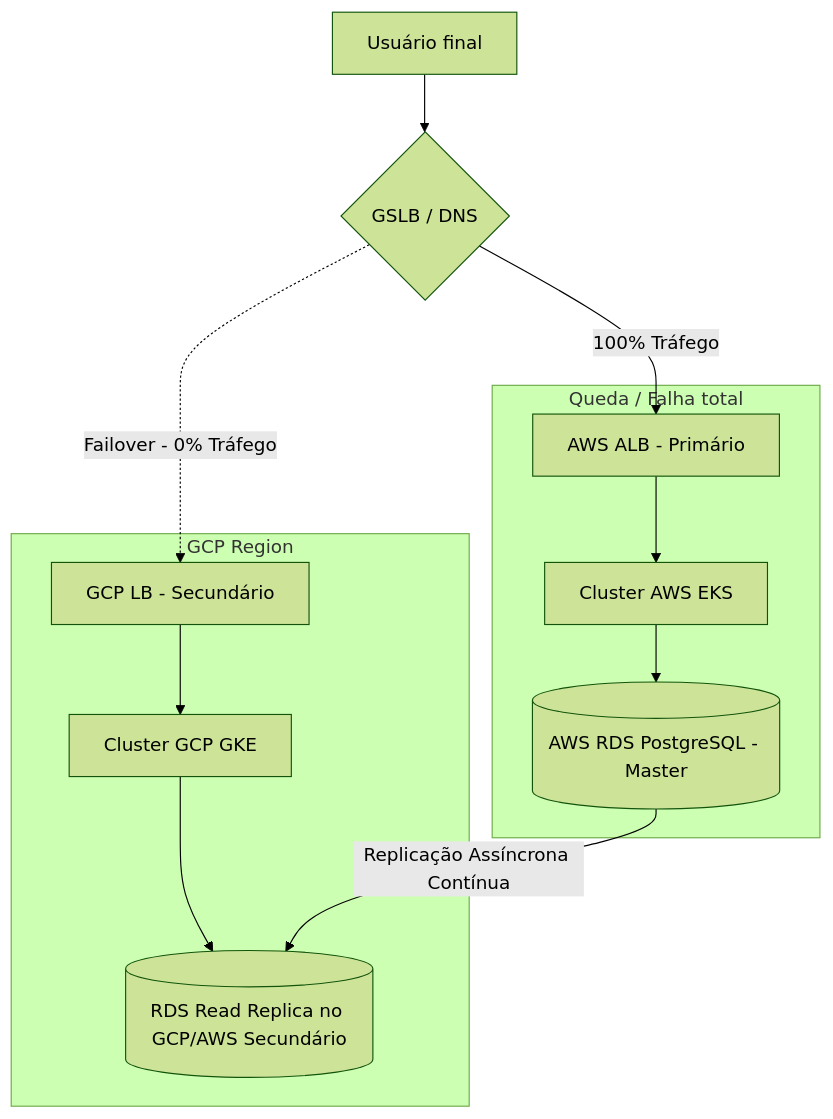
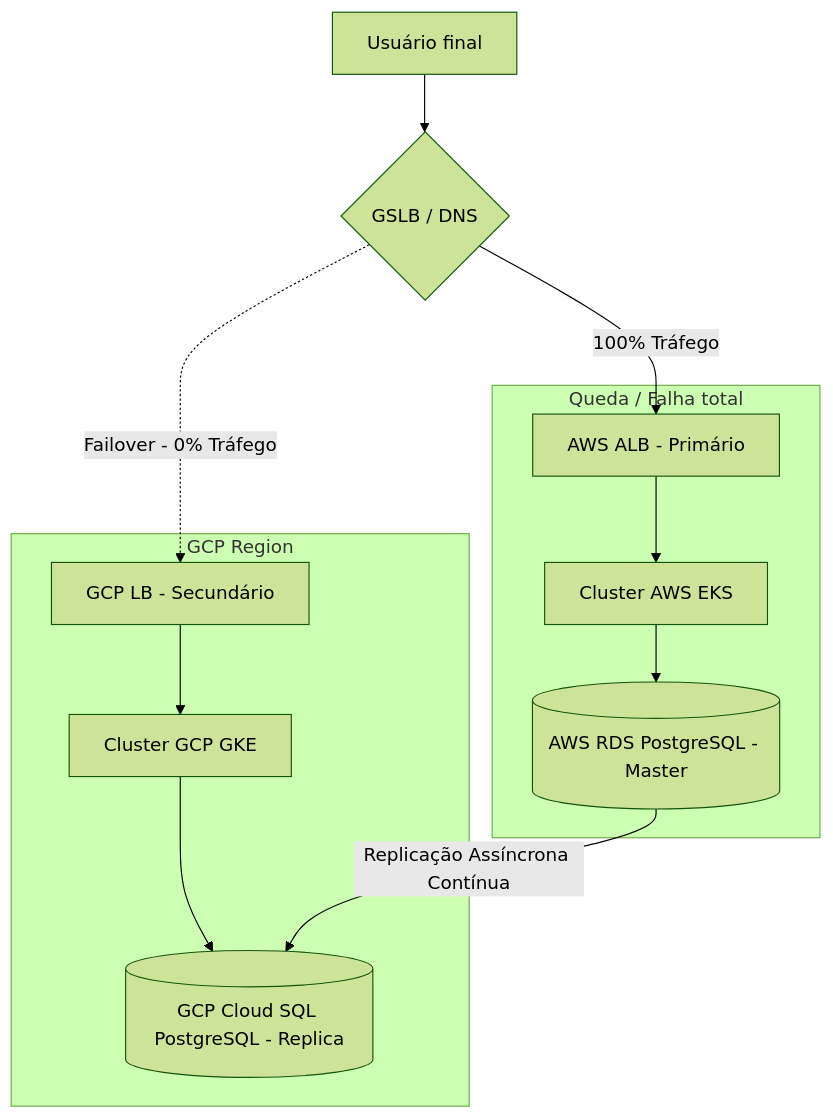
Before and after one commit to govinda777/template-cluster-kubernetes-ci-cd: the fifth of 5 diagrams in README.md, drawn with Mermaid (forest theme). The commit also changed other lines of this file and 6 other files, not shown here.

````diff
--- a/README.md
+++ b/README.md
@@ -459,18 +461,18 @@
 ```mermaid
 graph TD
     User[Usuário final] --> GSLB{GSLB / DNS}
     GSLB -->|100% Tráfego| AWSALB[AWS ALB - Primário]
     GSLB -.->|Failover - 0% Tráfego| GCPLB[GCP LB - Secundário]
 
     subgraph AWS Region [Queda / Falha total]
         AWSALB --> EKS[Cluster AWS EKS]
         EKS --> RDS_Master[(AWS RDS PostgreSQL - Master)]
     end
 
     subgraph GCP Region
         GCPLB --> GKE[Cluster GCP GKE]
-        GKE --> RDS_Replica[(RDS Read Replica no GCP/AWS Secundário)]
+        GKE --> RDS_Replica[(GCP Cloud SQL PostgreSQL - Replica)]
     end
 
     RDS_Master -->|Replicação Assíncrona Contínua| RDS_Replica
 ```
````
